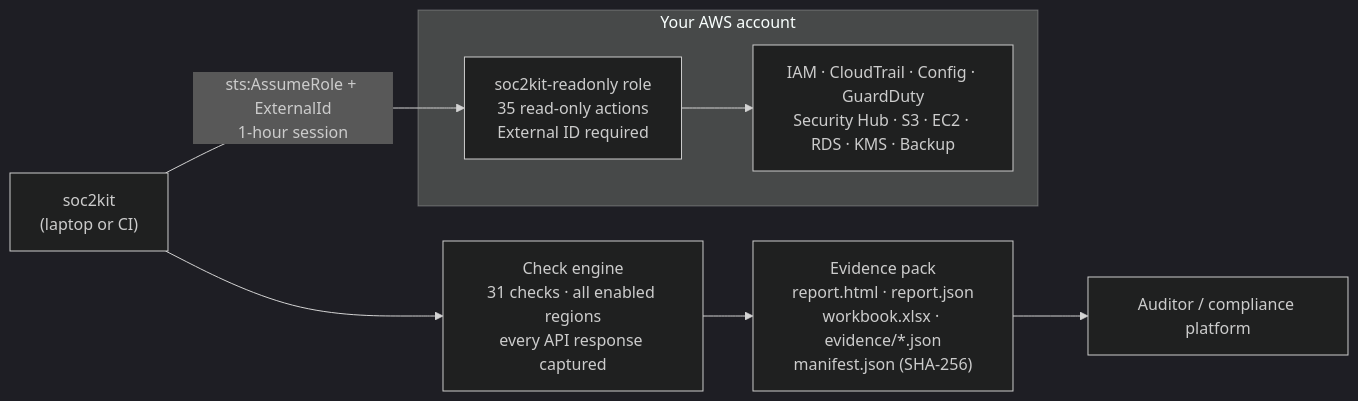
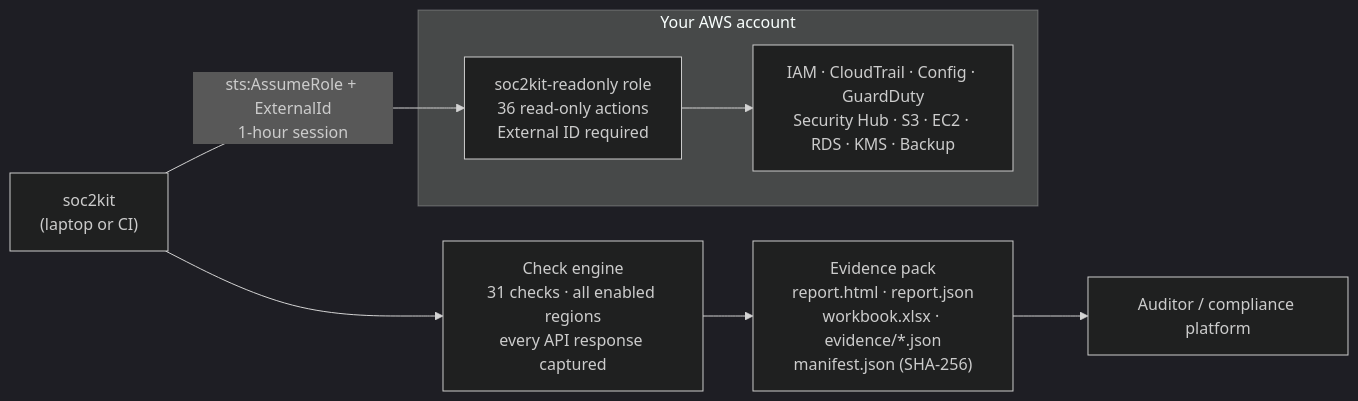
The diagram in README.md (Judewakim/SOC2-Compliance-Workbook), drawn with Mermaid (dark theme) before and after one commit. The commit also changed 10 other files, not shown here.

````diff
--- a/README.md
+++ b/README.md
@@ -54,13 +54,13 @@
 ```mermaid
 flowchart LR
     subgraph Target["Your AWS account"]
-        Role["soc2kit-readonly role<br/>35 read-only actions<br/>External ID required"]
+        Role["soc2kit-readonly role<br/>36 read-only actions<br/>External ID required"]
         APIs["IAM · CloudTrail · Config · GuardDuty<br/>Security Hub · S3 · EC2 · RDS · KMS · Backup"]
         Role --> APIs
     end
 
     CLI["soc2kit<br/>(laptop or CI)"] -- "sts:AssumeRole + ExternalId<br/>1-hour session" --> Role
     CLI --> Engine["Check engine<br/>31 checks · all enabled regions<br/>every API response captured"]
     Engine --> Pack["Evidence pack<br/>report.html · report.json<br/>workbook.xlsx · evidence/*.json<br/>manifest.json (SHA-256)"]
     Pack --> Auditor["Auditor / compliance platform"]
 ```
````
